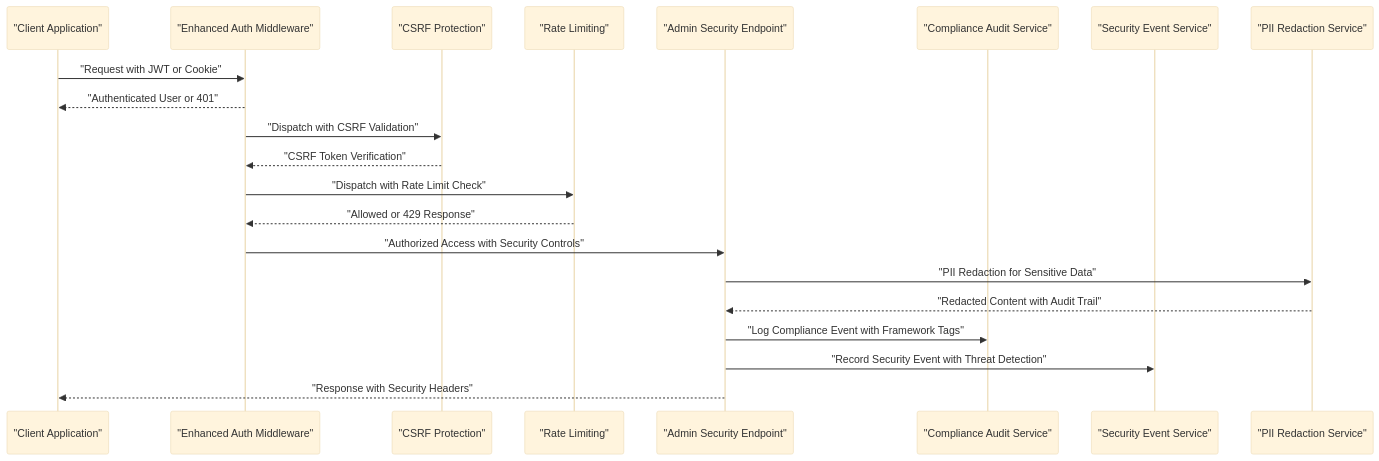
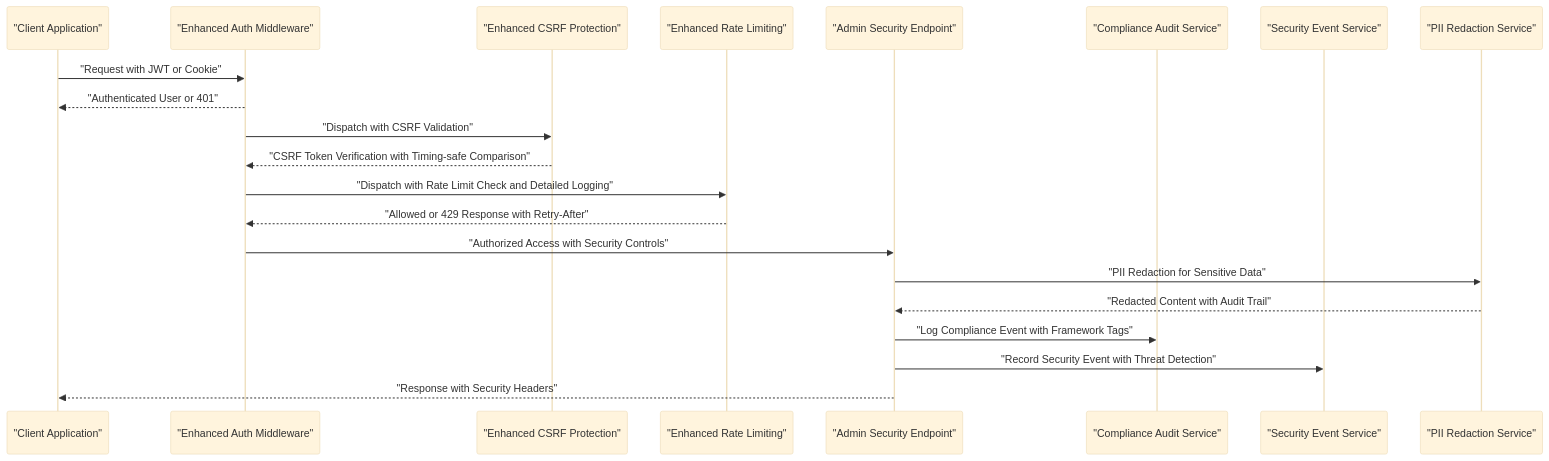
Before and after one commit to Revanththetalogics/aireume: the second of 11 diagrams in .qoder/repowiki/en/content/Advanced Topics/Enterprise Security and Compliance.md, drawn with Mermaid (base theme). The commit also changed other lines of this file and 15 other files, not shown here.

````diff
--- a/.qoder/repowiki/en/content/Advanced Topics/Enterprise Security and Compliance.md
+++ b/.qoder/repowiki/en/content/Advanced Topics/Enterprise Security and Compliance.md
@@ -292,23 +305,23 @@
 ```mermaid
 sequenceDiagram
 participant Client as "Client Application"
 participant Auth as "Enhanced Auth Middleware"
-participant CSRF as "CSRF Protection"
-participant RL as "Rate Limiting"
+participant CSRF as "Enhanced CSRF Protection"
+participant RL as "Enhanced Rate Limiting"
 participant Admin as "Admin Security Endpoint"
 participant Audit as "Compliance Audit Service"
 participant SecEvt as "Security Event Service"
 participant PII as "PII Redaction Service"
 Client->>Auth : "Request with JWT or Cookie"
 Auth-->>Client : "Authenticated User or 401"
 Auth->>CSRF : "Dispatch with CSRF Validation"
-CSRF-->>Auth : "CSRF Token Verification"
-Auth->>RL : "Dispatch with Rate Limit Check"
-RL-->>Auth : "Allowed or 429 Response"
+CSRF-->>Auth : "CSRF Token Verification with Timing-safe Comparison"
+Auth->>RL : "Dispatch with Rate Limit Check and Detailed Logging"
+RL-->>Auth : "Allowed or 429 Response with Retry-After"
 Auth->>Admin : "Authorized Access with Security Controls"
 Admin->>PII : "PII Redaction for Sensitive Data"
 PII-->>Admin : "Redacted Content with Audit Trail"
 Admin->>Audit : "Log Compliance Event with Framework Tags"
 Admin->>SecEvt : "Record Security Event with Threat Detection"
 Admin-->>Client : "Response with Security Headers"
 ```
````
